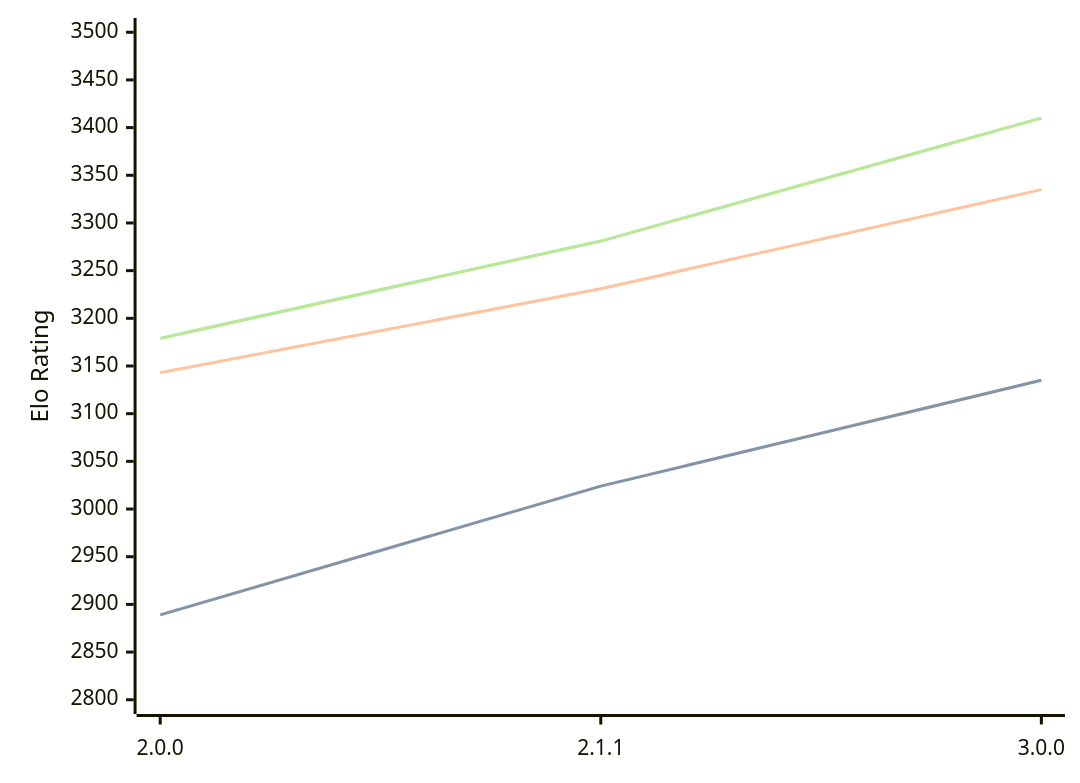
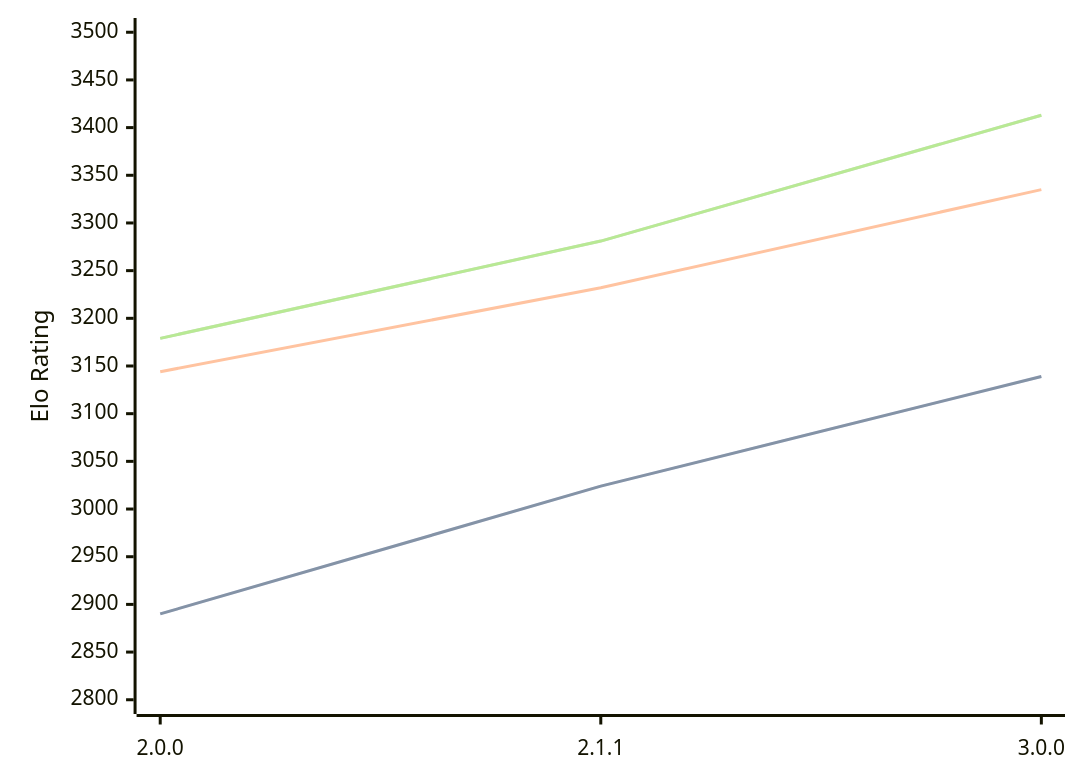
The diagram in engines/Bread.md (computer-chess-index/cci), drawn with Mermaid before and after one commit. The commit also changed other lines of this file, not shown here.

Commit message:
Update CCI Ratings (ELO VLTC) - 2026-04-07

````diff
--- a/engines/Bread.md
+++ b/engines/Bread.md
@@ -51,11 +51,11 @@
 ```mermaid
 %%{init: {"theme":"base","themeVariables":{"seriesColors:['#a3a3a3','#222221','#faa371']}}}%%
 xychart-beta
   x-axis ["2.0.0", "2.1.1", "3.0.0"]
   y-axis "Elo Rating" 2800 --> 3500
-  line "STC (8.0+0.08s)" [2889, 3024, 3135]
-  line "STC (8.0+0.08s)" [2889, 3024, 3135]
-  line "LTC (60.0+0.60s)" [3143, 3231, 3335]
-  line "VLTC (2m24s+1.12s)" [3179, 3281, 3410]
-  line "VLTC (2m24s+1.12s)" [3179, 3281, 3410]
+  line "STC (8.0+0.08s)" [2890, 3024, 3139]
+  line "STC (8.0+0.08s)" [2890, 3024, 3139]
+  line "LTC (60.0+0.60s)" [3144, 3232, 3335]
+  line "VLTC (2m24s+1.12s)" [3179, 3281, 3413]
+  line "VLTC (2m24s+1.12s)" [3179, 3281, 3413]
 ```
````
